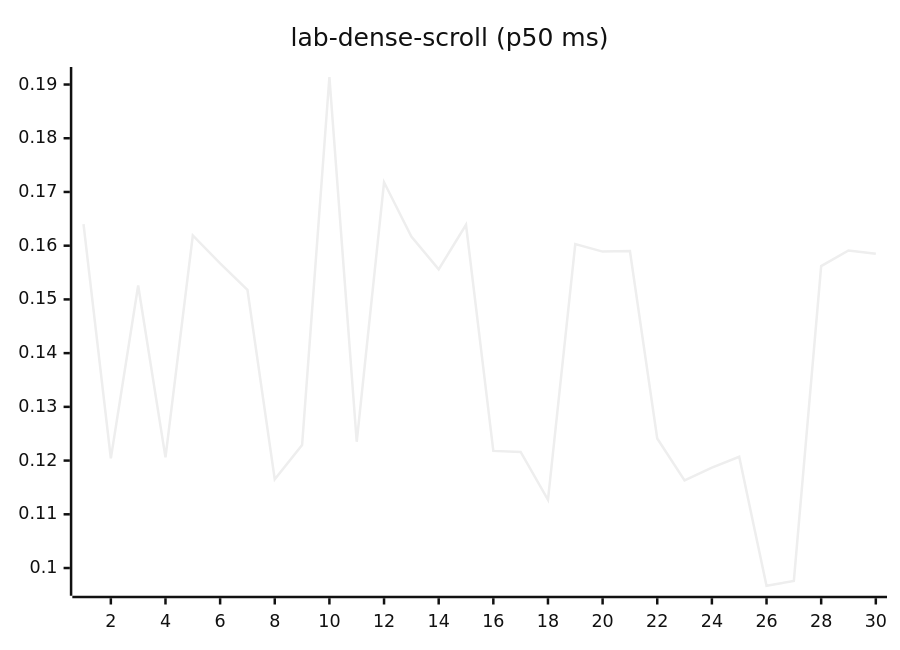
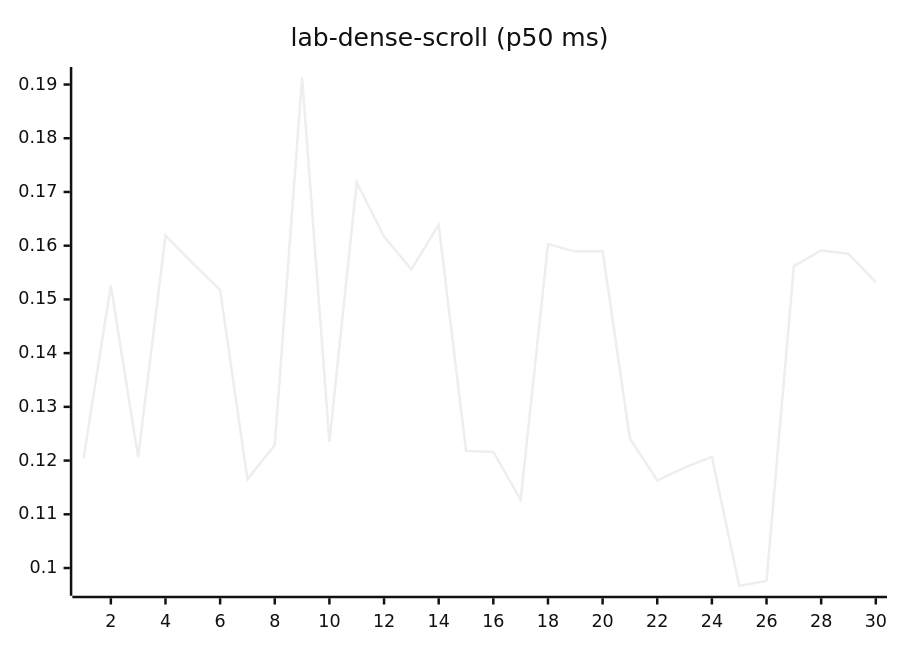
One commit to josha/Facet changed diagram 12 of 27 in README.md. Above: the diagram before and after it, drawn with Mermaid (neutral theme). The commit also changed other lines of this file and 2 other files, not shown here.

````diff
--- a/README.md
+++ b/README.md
@@ -140,6 +140,6 @@
 ```mermaid
 xychart-beta
     title "lab-dense-scroll (p50 ms)"
     x-axis 1 --> 30
-    line [0.1640, 0.1204, 0.1526, 0.1206, 0.1619, 0.1567, 0.1518, 0.1165, 0.1229, 0.1914, 0.1235, 0.1718, 0.1617, 0.1556, 0.1639, 0.1218, 0.1216, 0.1127, 0.1603, 0.1589, 0.1590, 0.1241, 0.1163, 0.1187, 0.1207, 0.0967, 0.0976, 0.1562, 0.1591, 0.1585]
+    line [0.1204, 0.1526, 0.1206, 0.1619, 0.1567, 0.1518, 0.1165, 0.1229, 0.1914, 0.1235, 0.1718, 0.1617, 0.1556, 0.1639, 0.1218, 0.1216, 0.1127, 0.1603, 0.1589, 0.1590, 0.1241, 0.1163, 0.1187, 0.1207, 0.0967, 0.0976, 0.1562, 0.1591, 0.1585, 0.1532]
 ```
````
